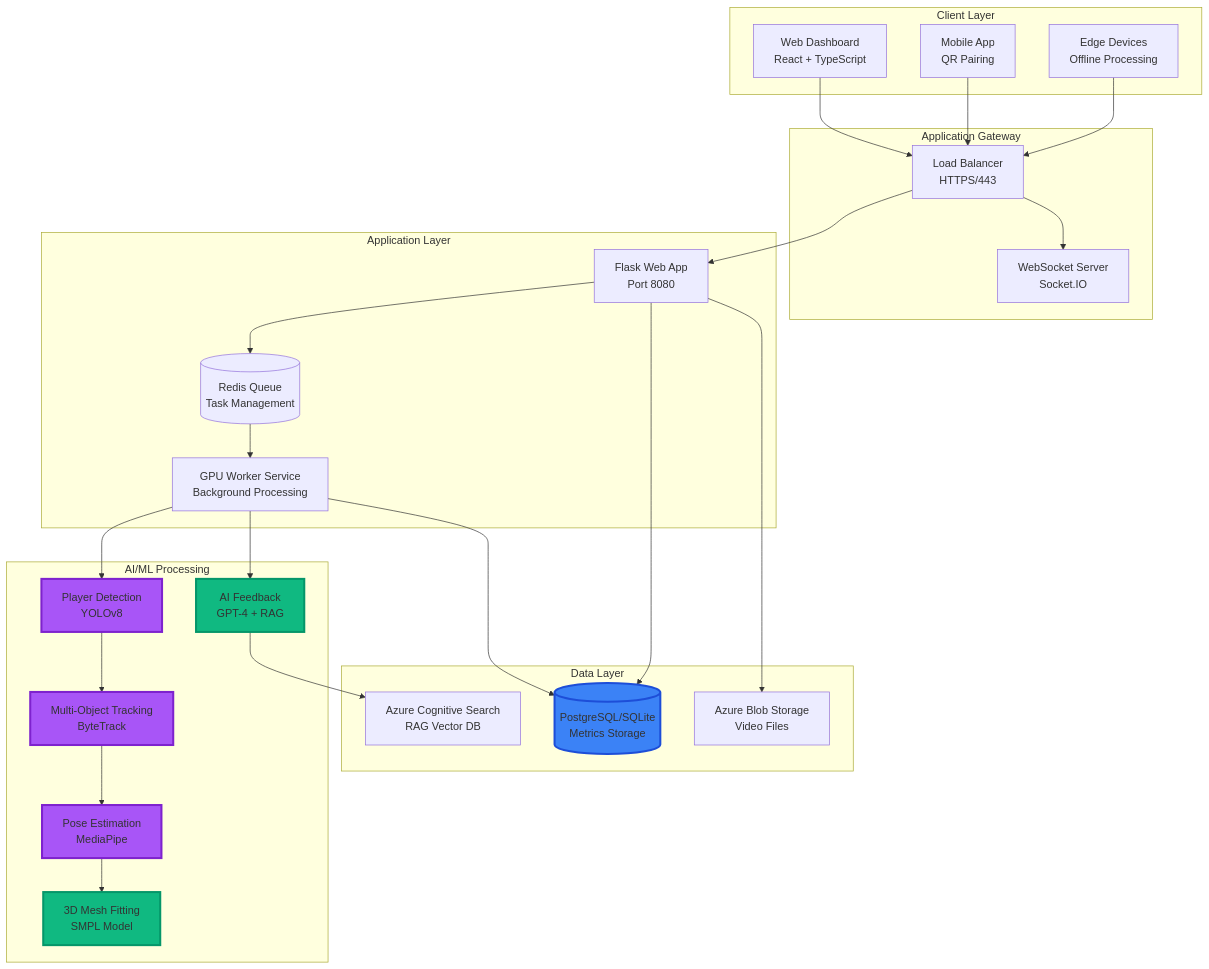
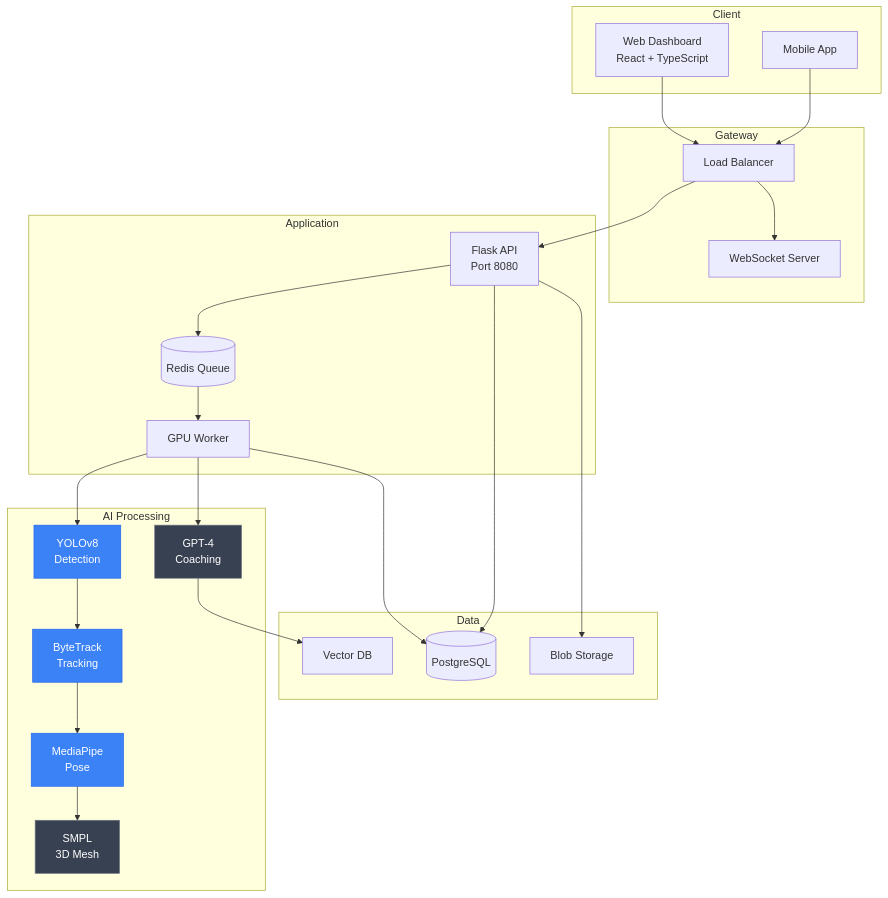
Before and after one commit to THEDIFY/THEDIFY: the first of 2 diagrams in projects/Axolotl/README.md, drawn with Mermaid. The commit also changed other lines of this file and 9 other files, not shown here.

````diff
--- a/projects/Axolotl/README.md
+++ b/projects/Axolotl/README.md
@@ -127,59 +121,56 @@
 ```mermaid
 graph TB
-    subgraph "Client Layer"
+    subgraph Client
         UI[Web Dashboard<br/>React + TypeScript]
-        Mobile[Mobile App<br/>QR Pairing]
-        Edge[Edge Devices<br/>Offline Processing]
+        Mobile[Mobile App]
     end
     
-    subgraph "Application Gateway"
-        LB[Load Balancer<br/>HTTPS/443]
-        WS[WebSocket Server<br/>Socket.IO]
+    subgraph Gateway
+        LB[Load Balancer]
+        WS[WebSocket Server]
     end
     
-    subgraph "Application Layer"
-        Flask[Flask Web App<br/>Port 8080]
-        Worker[GPU Worker Service<br/>Background Processing]
-        Redis[(Redis Queue<br/>Task Management)]
+    subgraph Application
+        Flask[Flask API<br/>Port 8080]
+        Worker[GPU Worker]
+        Redis[(Redis Queue)]
     end
     
-    subgraph "AI/ML Processing"
-        Detection[Player Detection<br/>YOLOv8]
-        Tracking[Multi-Object Tracking<br/>ByteTrack]
-        Pose[Pose Estimation<br/>MediaPipe]
-        SMPL[3D Mesh Fitting<br/>SMPL Model]
-        LLM[AI Feedback<br/>GPT-4 + RAG]
+    subgraph AI Processing
+        Detection[YOLOv8<br/>Detection]
+        Tracking[ByteTrack<br/>Tracking]
+        Pose[MediaPipe<br/>Pose]
+        SMPL[SMPL<br/>3D Mesh]
+        LLM[GPT-4<br/>Coaching]
     end
     
-    subgraph "Data Layer"
-        DB[(PostgreSQL/SQLite<br/>Metrics Storage)]
-        Blob[Azure Blob Storage<br/>Video Files]
-        Search[Azure Cognitive Search<br/>RAG Vector DB]
+    subgraph Data
+        DB[(PostgreSQL)]
+        Blob[Blob Storage]
+        Search[Vector DB]
     end
     
     UI --> LB
     Mobile --> LB
-    Edge --> LB
     LB --> Flask
     LB --> WS
     Flask --> Redis
     Redis --> Worker
     
     Worker --> Detection
     Detection --> Tracking
     Tracking --> Pose
     Pose --> SMPL
     Worker --> LLM
     
     Flask --> DB
     Worker --> DB
     Flask --> Blob
     LLM --> Search
     
-    style Detection fill:#A855F7,stroke:#7E22CE,stroke-width:3px
-    style Tracking fill:#A855F7,stroke:#7E22CE,stroke-width:3px
-    style Pose fill:#A855F7,stroke:#7E22CE,stroke-width:3px
-    style SMPL fill:#10B981,stroke:#059669,stroke-width:3px
-    style LLM fill:#10B981,stroke:#059669,stroke-width:3px
-    style DB fill:#3B82F6,stroke:#1D4ED8,stroke-width:3px
+    style Detection fill:#3b82f6,stroke:#2563eb,color:#fff
+    style Tracking fill:#3b82f6,stroke:#2563eb,color:#fff
+    style Pose fill:#3b82f6,stroke:#2563eb,color:#fff
+    style SMPL fill:#374151,stroke:#6b7280,color:#fff
+    style LLM fill:#374151,stroke:#6b7280,color:#fff
 ```
````
